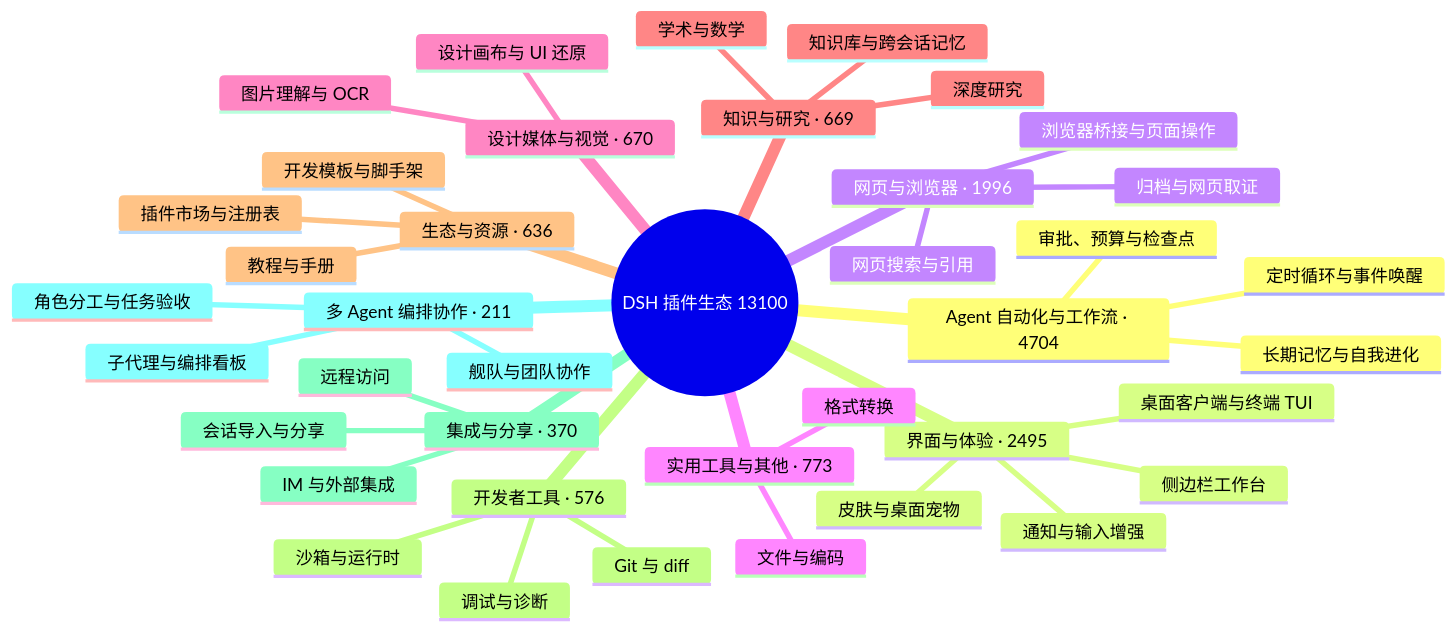
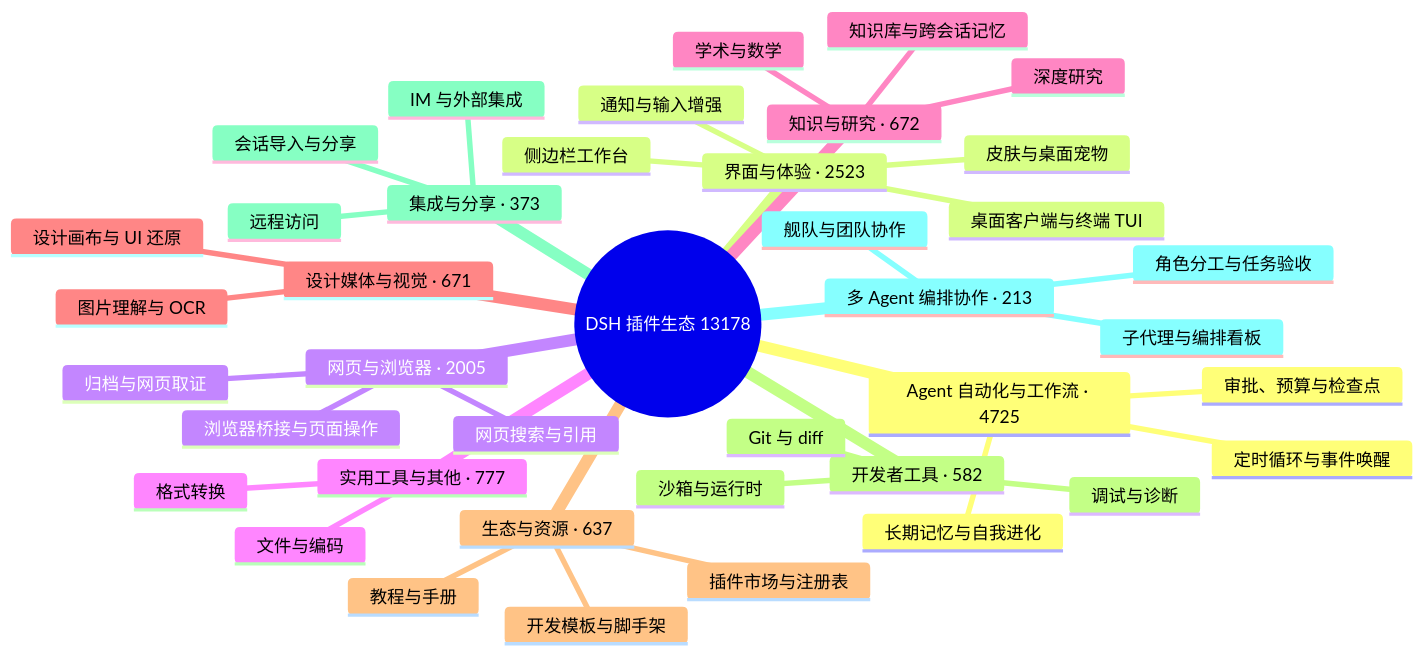
Before and after one commit to BOWLUNA/awesome-dsh-plugin: the diagram in README.md, drawn with Mermaid. The commit also changed other lines of this file and 20 other files, not shown here.

````diff
--- a/README.md
+++ b/README.md
@@ -33,43 +33,43 @@
 ```mermaid
 mindmap
-  root((DSH 插件生态 13100))
-    Agent 自动化与工作流 · 4704
+  root((DSH 插件生态 13178))
+    Agent 自动化与工作流 · 4725
       定时循环与事件唤醒
       长期记忆与自我进化
       审批、预算与检查点
-    界面与体验 · 2495
+    界面与体验 · 2523
       桌面客户端与终端 TUI
       侧边栏工作台
       皮肤与桌面宠物
       通知与输入增强
-    网页与浏览器 · 1996
+    网页与浏览器 · 2005
       浏览器桥接与页面操作
       网页搜索与引用
       归档与网页取证
-    实用工具与其他 · 773
+    实用工具与其他 · 777
       文件与编码
       格式转换
-    设计媒体与视觉 · 670
-      图片理解与 OCR
-      设计画布与 UI 还原
-    知识与研究 · 669
+    知识与研究 · 672
       知识库与跨会话记忆
       深度研究
       学术与数学
-    生态与资源 · 636
+    设计媒体与视觉 · 671
+      图片理解与 OCR
+      设计画布与 UI 还原
+    生态与资源 · 637
       插件市场与注册表
       开发模板与脚手架
       教程与手册
-    开发者工具 · 576
+    开发者工具 · 582
       Git 与 diff
       沙箱与运行时
       调试与诊断
-    集成与分享 · 370
+    集成与分享 · 373
       会话导入与分享
       远程访问
       IM 与外部集成
-    多 Agent 编排协作 · 211
+    多 Agent 编排协作 · 213
       子代理与编排看板
       舰队与团队协作
       角色分工与任务验收
 ```
````
